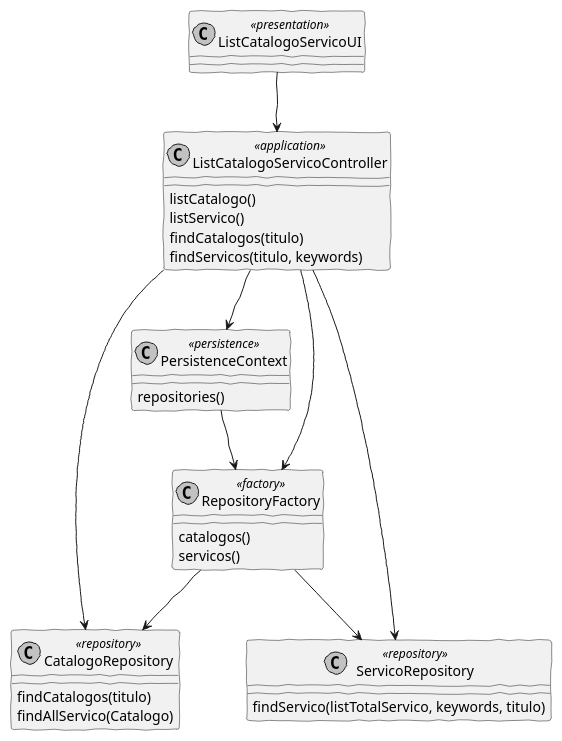
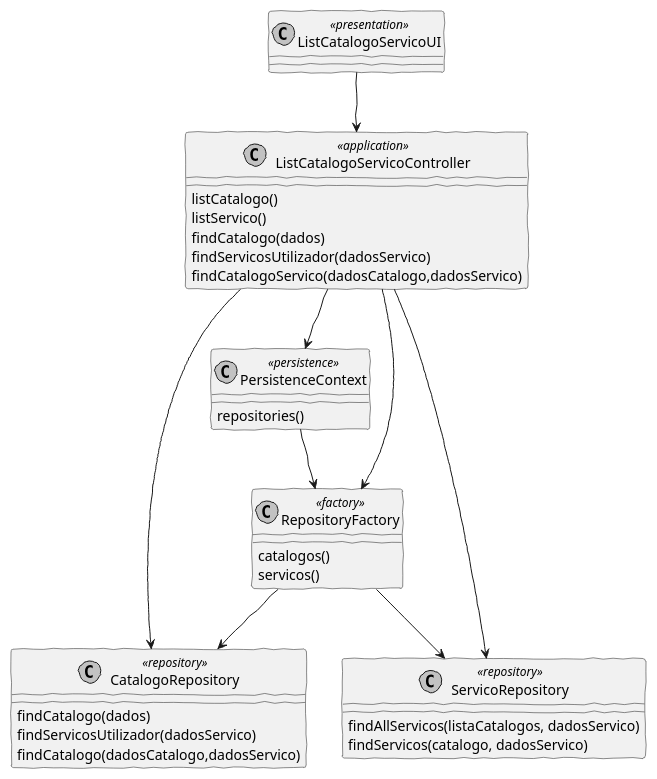
Before and after one commit to pedrolemos4/LAPR4: the diagram in docs/US3001/CD3001.puml, drawn with PlantUML. The commit also changed 6 other files, not shown here.

```diff
--- a/docs/US3001/CD3001.puml
+++ b/docs/US3001/CD3001.puml
@@ -1,40 +1,44 @@
 @startuml
 'http://plantuml.com/skinparam.html
 skinparam handwritten true
 skinparam monochrome true
 skinparam packageStyle rect
 skinparam defaultFontName FG Virgil
 skinparam shadowing false
 
 class ListCatalogoServicoUI <<presentation>>
 class ListCatalogoServicoController <<application>>
 class PersistenceContext <<persistence>>
 class RepositoryFactory <<factory>>
 class CatalogoRepository <<repository>>
 class ServicoRepository <<repository>>
 
 
 ListCatalogoServicoUI --> ListCatalogoServicoController
 ListCatalogoServicoController : listCatalogo()
 ListCatalogoServicoController : listServico()
 
-ListCatalogoServicoController : findCatalogos(titulo)
-ListCatalogoServicoController : findServicos(titulo, keywords)
+ListCatalogoServicoController : findCatalogo(dados)
+ListCatalogoServicoController : findServicosUtilizador(dadosServico)
+ListCatalogoServicoController : findCatalogoServico(dadosCatalogo,dadosServico)
 
 ListCatalogoServicoController --> CatalogoRepository
 ListCatalogoServicoController --> ServicoRepository
 ListCatalogoServicoController --> PersistenceContext
 PersistenceContext : repositories()
 ListCatalogoServicoController --> RepositoryFactory
 RepositoryFactory : catalogos()
 RepositoryFactory : servicos()
 
 PersistenceContext --> RepositoryFactory
 RepositoryFactory --> CatalogoRepository
 RepositoryFactory --> ServicoRepository
 
-CatalogoRepository : findCatalogos(titulo)
-CatalogoRepository : findAllServico(Catalogo)
+CatalogoRepository : findCatalogo(dados)
+CatalogoRepository : findServicosUtilizador(dadosServico)
+CatalogoRepository : findCatalogo(dadosCatalogo,dadosServico)
 
-ServicoRepository : findServico(listTotalServico, keywords, titulo)
+ServicoRepository : findAllServicos(listaCatalogos, dadosServico)
+ServicoRepository : findServicos(catalogo, dadosServico)
+
 @enduml
```
